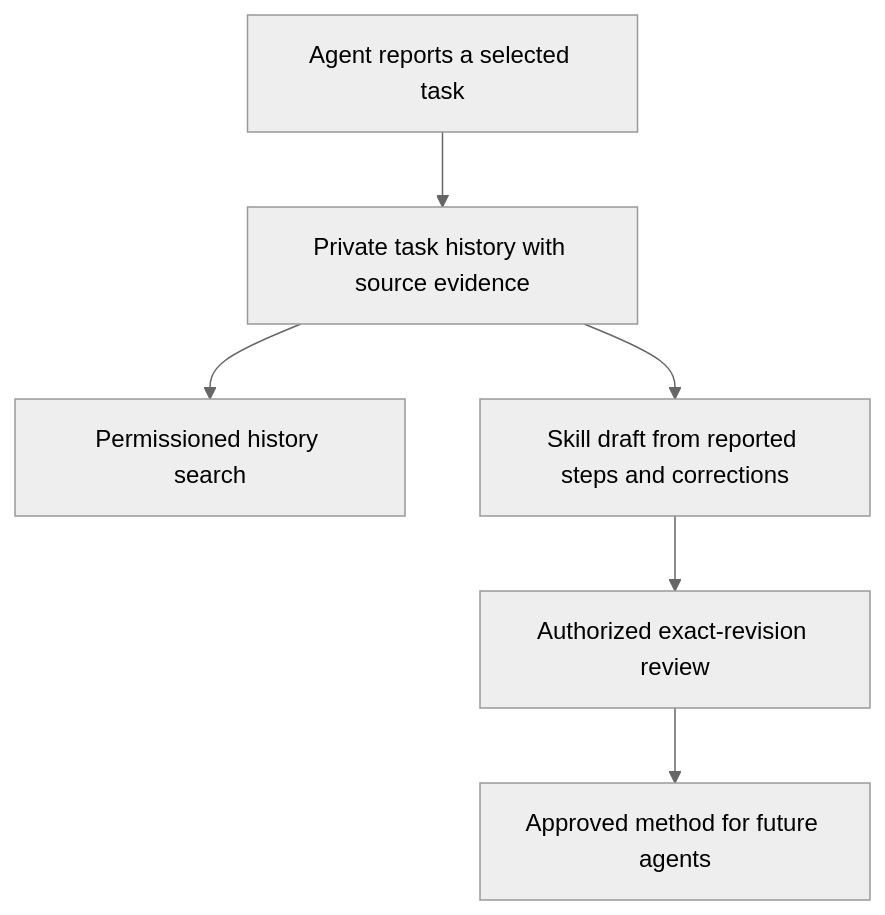
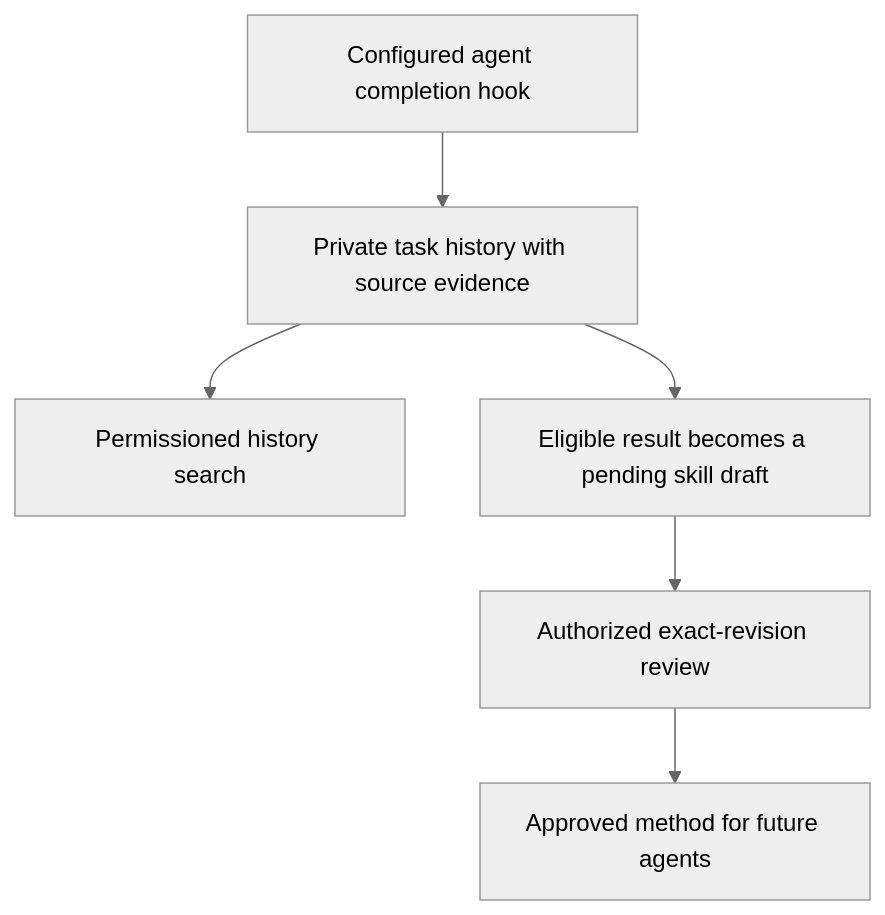
One commit to Atmet-AI/Atmet-brain changed the diagram in docs/diagrams/overview-7.mmd. Above: the diagram before and after it, drawn with Mermaid (neutral theme). The commit also changed 36 other files, not shown here.

Commit message:
Add automatic task completion reports and reviewed skill drafts

```diff
--- a/docs/diagrams/overview-7.mmd
+++ b/docs/diagrams/overview-7.mmd
@@ -1,6 +1,6 @@
 flowchart TD
-    Agent[Agent reports a selected task] --> History[Private task history with source evidence]
+    Agent[Configured agent completion hook] --> History[Private task history with source evidence]
     History --> Search[Permissioned history search]
-    History --> Draft[Skill draft from reported steps and corrections]
+    History --> Draft[Eligible result becomes a pending skill draft]
     Draft --> Review[Authorized exact-revision review]
     Review --> Method[Approved method for future agents]
```
